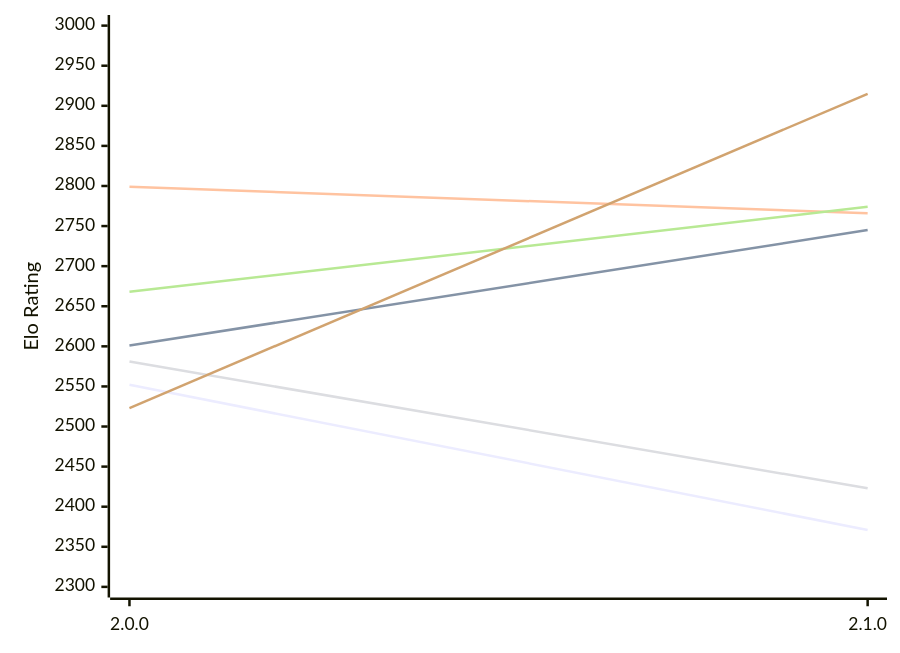
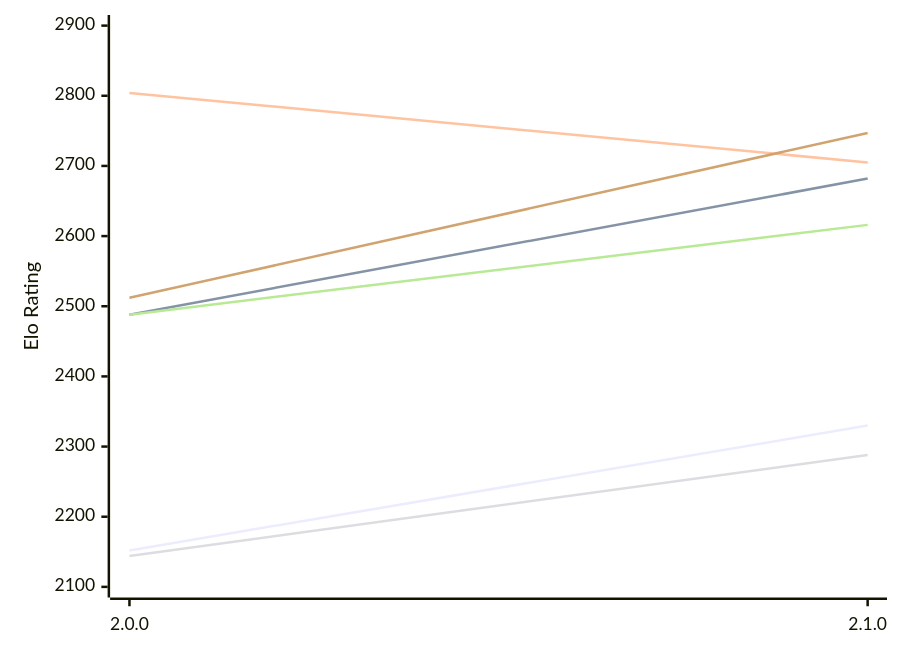
The first of 2 diagrams in engines/Ratsu.md (computer-chess-index/cci), drawn with Mermaid before and after one commit. The commit also changed other lines of this file, not shown here.

Commit message:
Update CCI Ratings (ELO VLTC) - 2026-11-13

````diff
--- a/engines/Ratsu.md
+++ b/engines/Ratsu.md
@@ -54,12 +54,12 @@
 ```mermaid
 %%{init: {"theme":"base","themeVariables":{"seriesColors:['#a3a3a3','#222221','#faa371']}}}%%
 xychart-beta
   x-axis ["2.0.0", "2.1.0"]
-  y-axis "Elo Rating" 2300 --> 3000
-  line "E1: STC (8.0+0.08s)" [2552, 2371]
-  line "E1: LTC (60.0+0.60s)" [2601, 2745]
-  line "E1: VLTC (2m24s+1.12s)" [2799, 2766]
-  line "P1: STC (8.0+0.08s)" [2581, 2423]
-  line "P1: LTC (60.0+0.60s)" [2668, 2774]
-  line "P1: VLTC (2m24s+1.12s)" [2523, 2915]
+  y-axis "Elo Rating" 2100 --> 2900
+  line "E1: STC (8.0+0.08s)" [2152, 2330]
+  line "E1: LTC (60.0+0.60s)" [2488, 2682]
+  line "E1: VLTC (2m24s+1.12s)" [2804, 2705]
+  line "P1: STC (8.0+0.08s)" [2144, 2288]
+  line "P1: LTC (60.0+0.60s)" [2488, 2616]
+  line "P1: VLTC (2m24s+1.12s)" [2512, 2747]
 ```
````
